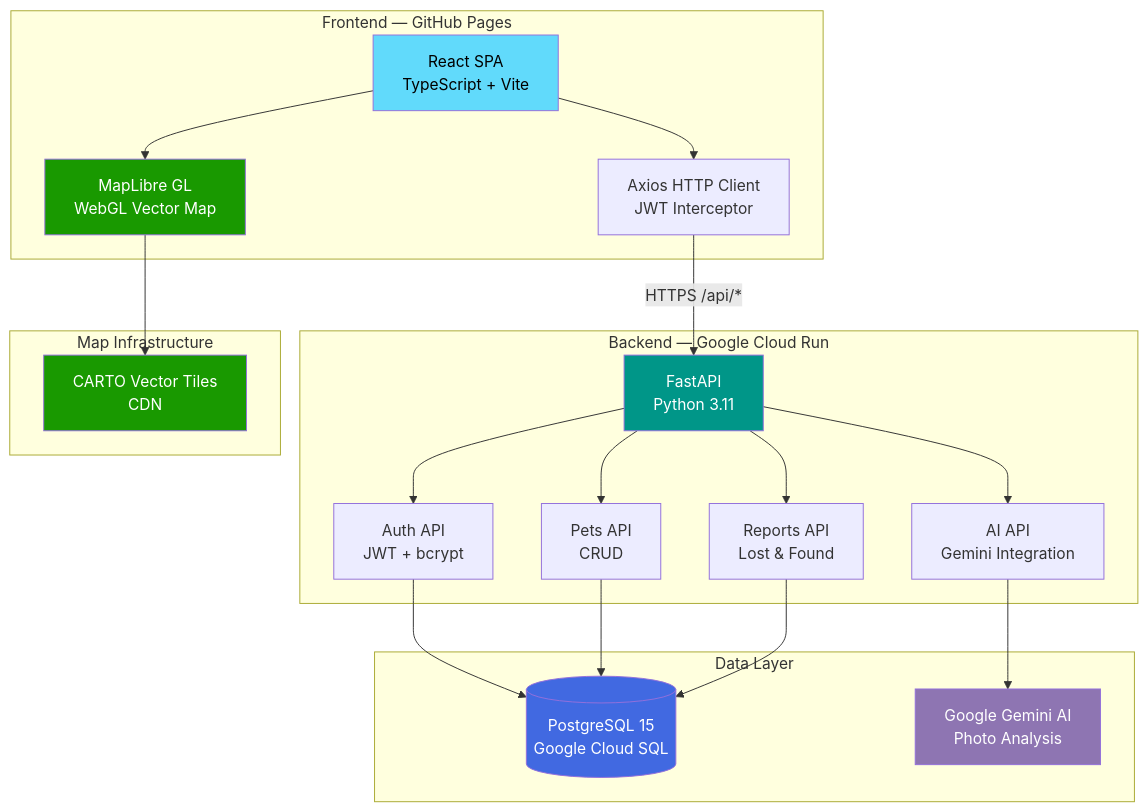
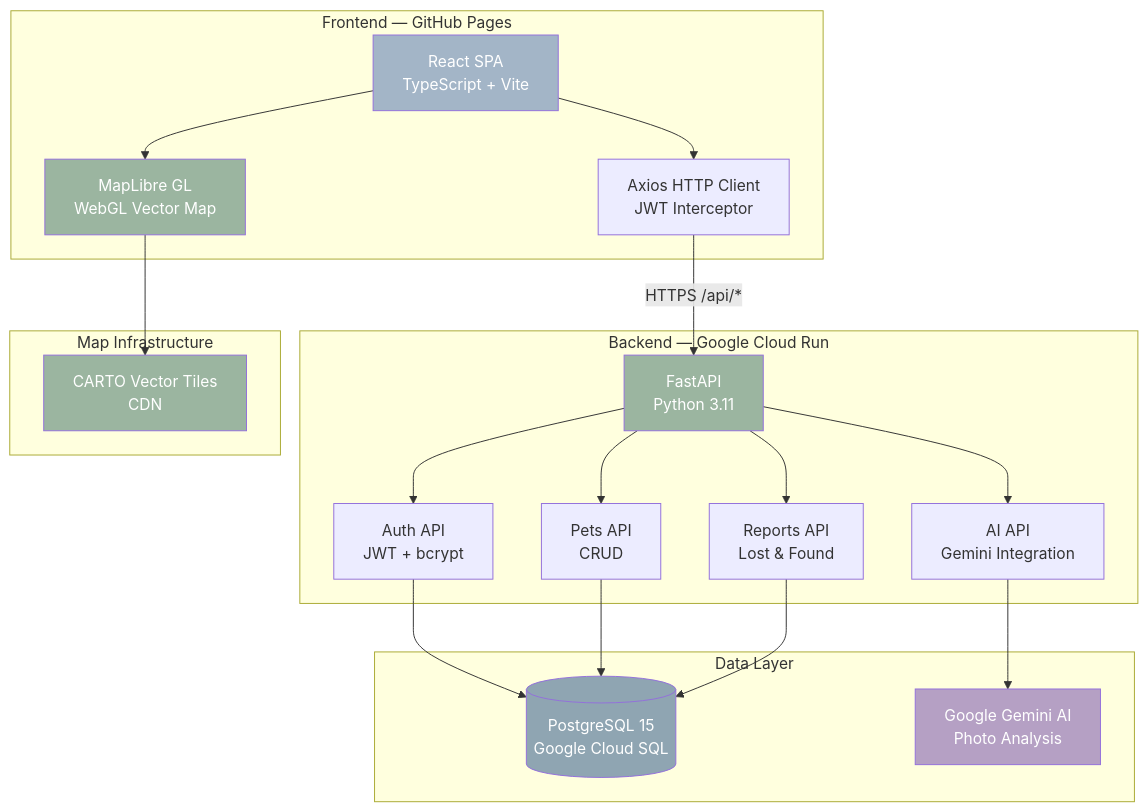
The first of 4 diagrams in README.md (xungirl/neu_hackathon), drawn with Mermaid before and after one commit. The commit also changed other lines of this file, not shown here.

````diff
--- a/README.md
+++ b/README.md
@@ -88,37 +88,37 @@
 ```mermaid
 graph TB
     subgraph "Frontend — GitHub Pages"
         A[React SPA<br/>TypeScript + Vite] --> B[MapLibre GL<br/>WebGL Vector Map]
         A --> C[Axios HTTP Client<br/>JWT Interceptor]
     end
 
     subgraph "Backend — Google Cloud Run"
         D[FastAPI<br/>Python 3.11] --> E[Auth API<br/>JWT + bcrypt]
         D --> F[Pets API<br/>CRUD]
         D --> G[Reports API<br/>Lost & Found]
         D --> H[AI API<br/>Gemini Integration]
     end
 
     subgraph "Data Layer"
         I[(PostgreSQL 15<br/>Google Cloud SQL)]
         J[Google Gemini AI<br/>Photo Analysis]
     end
 
     subgraph "Map Infrastructure"
         K[CARTO Vector Tiles<br/>CDN]
     end
 
     C -->|HTTPS /api/*| D
     E --> I
     F --> I
     G --> I
     H --> J
     B --> K
 
-    style A fill:#61DAFB,color:#000
-    style D fill:#009688,color:#fff
-    style I fill:#4169E1,color:#fff
-    style J fill:#8E75B2,color:#fff
-    style K fill:#199900,color:#fff
-    style B fill:#199900,color:#fff
+    style A fill:#A3B5C7,color:#fff
+    style D fill:#9BB5A0,color:#fff
+    style I fill:#8FA5B2,color:#fff
+    style J fill:#B5A0C4,color:#fff
+    style K fill:#9BB5A0,color:#fff
+    style B fill:#9BB5A0,color:#fff
 ```
````
